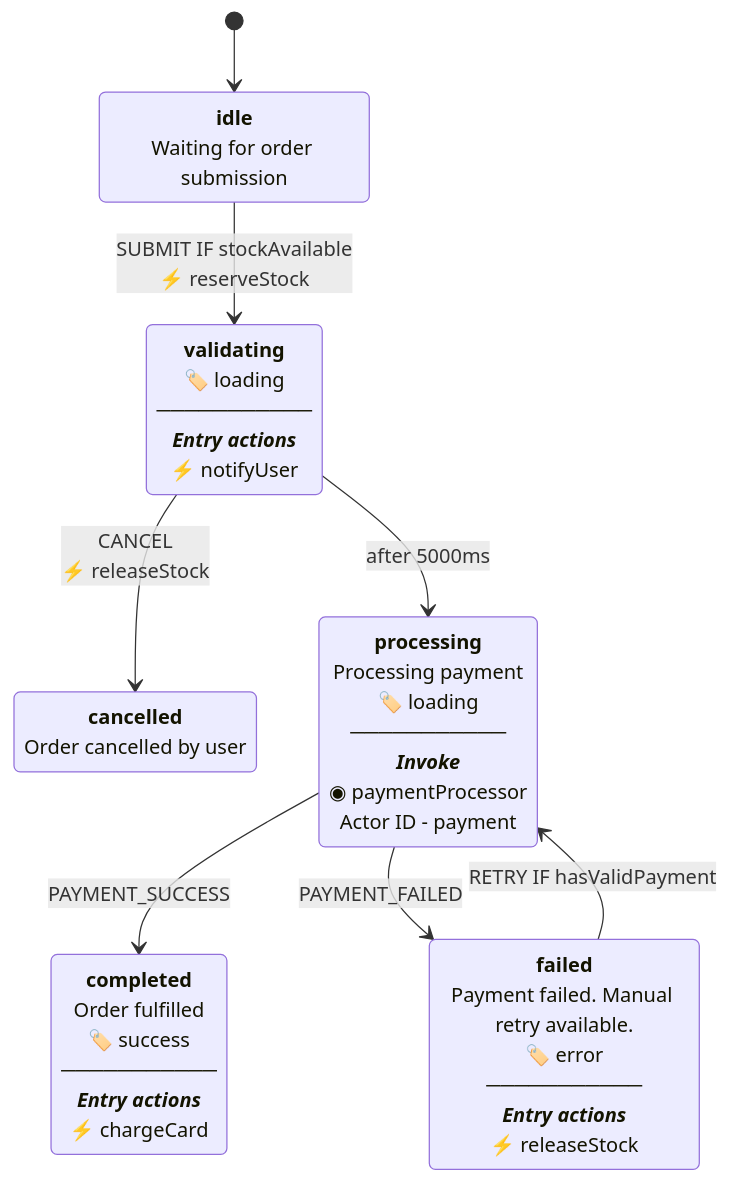
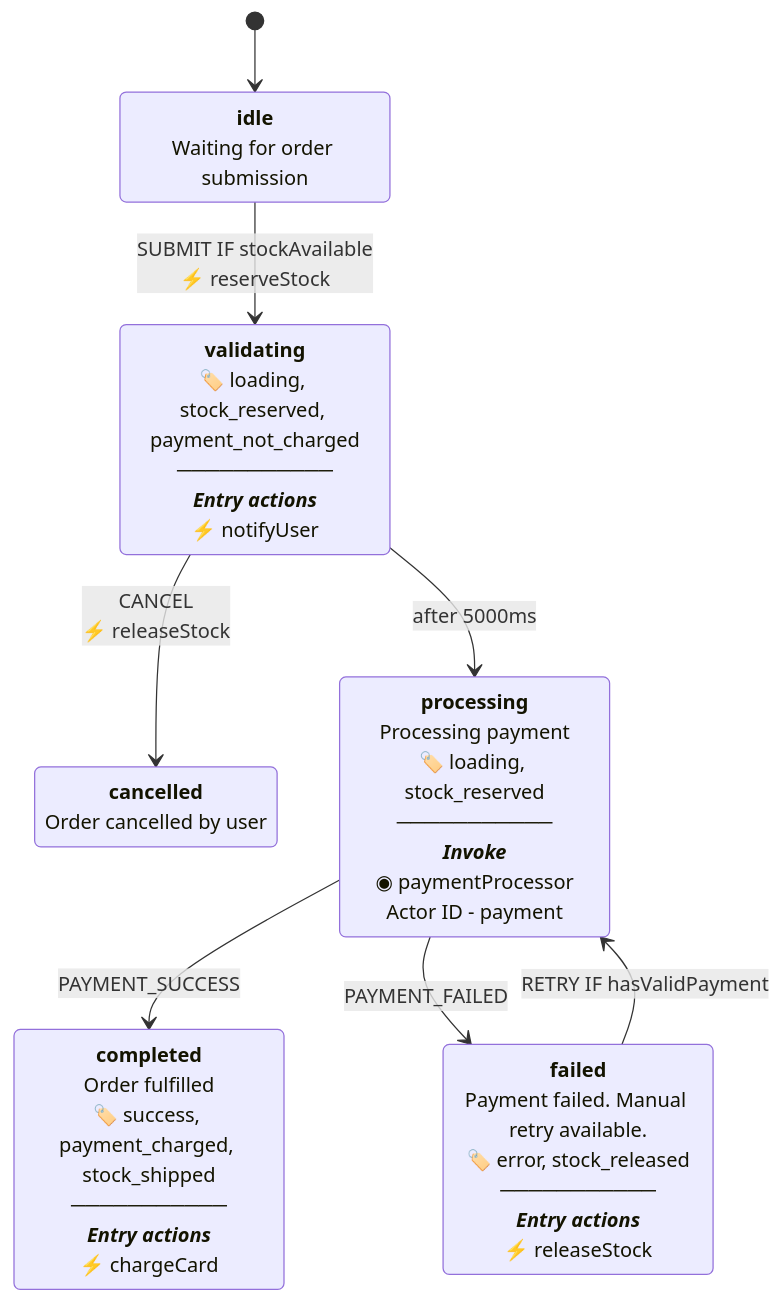
One commit to zitongcharliedeng/xstate-ts-to-mermaid changed the diagram in README.md. Above: the diagram before and after it, drawn with Mermaid. The commit also changed other lines of this file and 2 other files, not shown here.

First line of the commit message:
feat: add exit actions, italicize meta keys, restore meaningful tags in example

````diff
--- a/README.md
+++ b/README.md
@@ -105,17 +105,17 @@
 ```mermaid
 stateDiagram-v2
     %% Order Processing
     [*] --> idle
     idle: <b>idle</b><br/>Waiting for order submission
     idle --> validating: SUBMIT IF stockAvailable<br/>⚡ reserveStock
-    validating: <b>validating</b><br/>🏷️ loading<br/>───────────<br/><b><i>Entry actions</i></b><br/>⚡ notifyUser
+    validating: <b>validating</b><br/>🏷️ loading, stock_reserved, payment_not_charged<br/>───────────<br/><b><i>Entry actions</i></b><br/>⚡ notifyUser
     validating --> cancelled: CANCEL<br/>⚡ releaseStock
     validating --> processing: after 5000ms
-    processing: <b>processing</b><br/>Processing payment<br/>🏷️ loading<br/>───────────<br/><b><i>Invoke</i></b><br/>◉ paymentProcessor<br/>Actor ID - payment
+    processing: <b>processing</b><br/>Processing payment<br/>🏷️ loading, stock_reserved<br/>───────────<br/><b><i>Invoke</i></b><br/>◉ paymentProcessor<br/>Actor ID - payment
     processing --> completed: PAYMENT_SUCCESS
     processing --> failed: PAYMENT_FAILED
-    completed: <b>completed</b><br/>Order fulfilled<br/>🏷️ success<br/>───────────<br/><b><i>Entry actions</i></b><br/>⚡ chargeCard
-    failed: <b>failed</b><br/>Payment failed. Manual retry available.<br/>🏷️ error<br/>───────────<br/><b><i>Entry actions</i></b><br/>⚡ releaseStock
+    completed: <b>completed</b><br/>Order fulfilled<br/>🏷️ success, payment_charged, stock_shipped<br/>───────────<br/><b><i>Entry actions</i></b><br/>⚡ chargeCard
+    failed: <b>failed</b><br/>Payment failed. Manual retry available.<br/>🏷️ error, stock_released<br/>───────────<br/><b><i>Entry actions</i></b><br/>⚡ releaseStock
     failed --> processing: RETRY IF hasValidPayment
     cancelled: <b>cancelled</b><br/>Order cancelled by user
 ```
````
